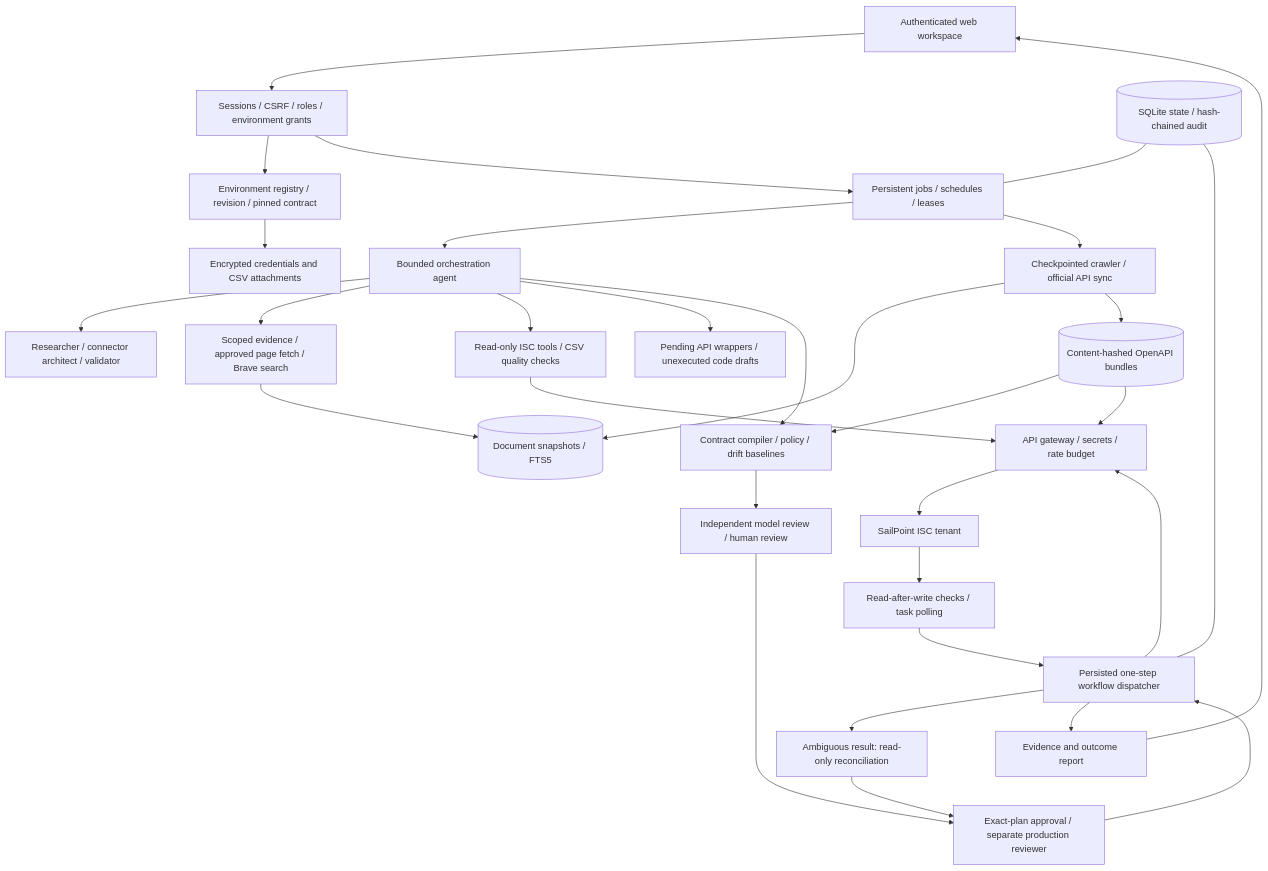
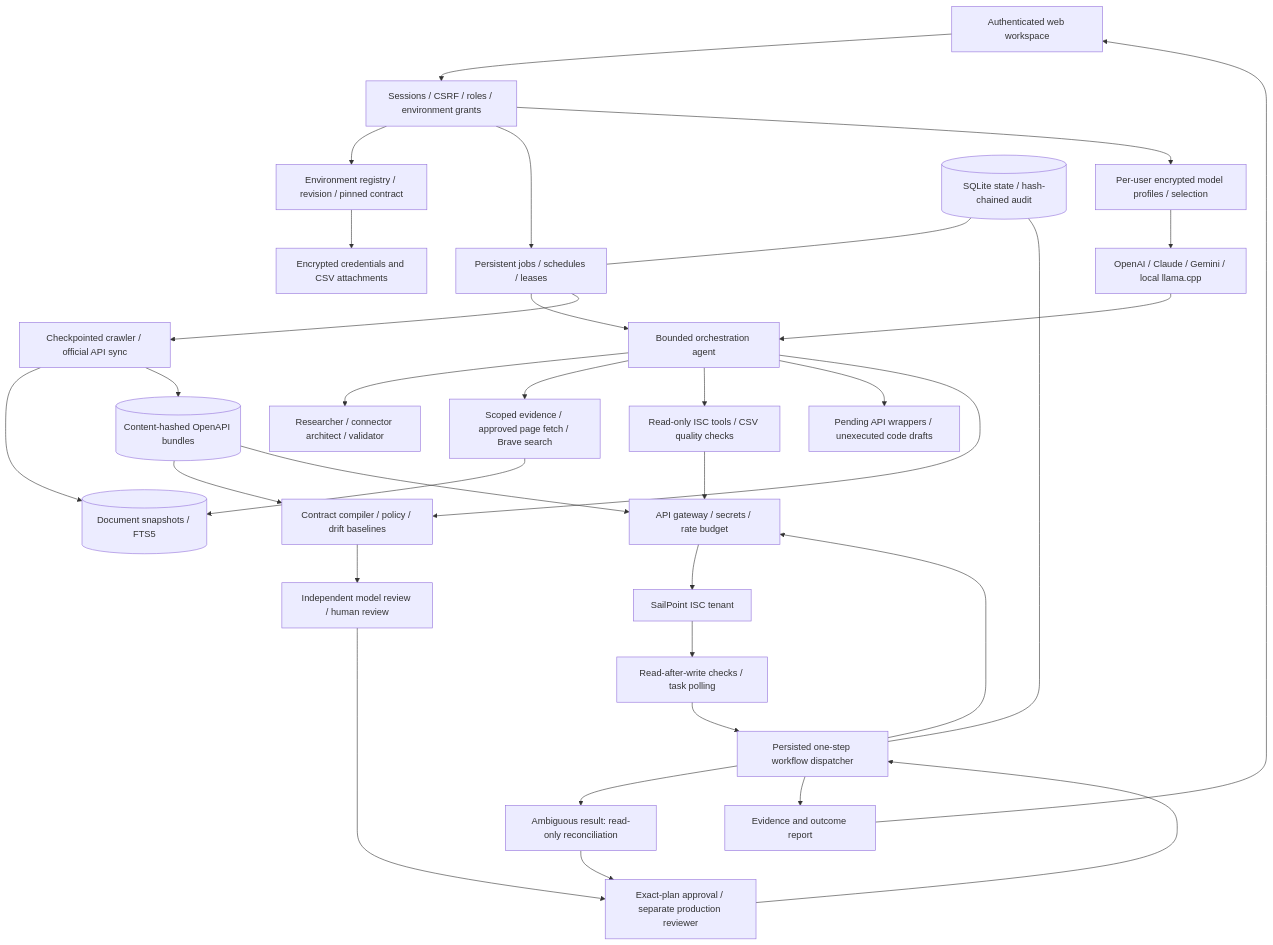
One commit to YoussefAghzere/sailpoint_isc_multi_agent_system changed the diagram in docs/architecture.md. Above: the diagram before and after it, drawn with Mermaid. The commit also changed other lines of this file and 18 other files, not shown here.

Commit message:
Add local and cloud LLM profiles with blue light and dark themes

````diff
--- a/docs/architecture.md
+++ b/docs/architecture.md
@@ -3,33 +3,36 @@
 ```mermaid
 flowchart TB
     UI[Authenticated web workspace] --> AUTH[Sessions / CSRF / roles / environment grants]
     AUTH --> ENV[Environment registry / revision / pinned contract]
     ENV --> VAULT[Encrypted credentials and CSV attachments]
     AUTH --> QUEUE[Persistent jobs / schedules / leases]
     QUEUE --> ORCH[Bounded orchestration agent]
+    AUTH --> MODELS[Per-user encrypted model profiles / selection]
+    MODELS --> ROUTER[OpenAI / Claude / Gemini / local llama.cpp]
+    ROUTER --> ORCH
     ORCH --> SPECIALISTS[Researcher / connector architect / validator]
     ORCH --> RESEARCH[Scoped evidence / approved page fetch / Brave search]
     RESEARCH --> CORPUS[(Document snapshots / FTS5)]
     QUEUE --> INGEST[Checkpointed crawler / official API sync]
     INGEST --> CORPUS
     INGEST --> SPEC[(Content-hashed OpenAPI bundles)]
     ORCH --> READ[Read-only ISC tools / CSV quality checks]
     ORCH --> DRAFT[Pending API wrappers / unexecuted code drafts]
     SPEC --> COMPILER[Contract compiler / policy / drift baselines]
     ORCH --> COMPILER
     COMPILER --> REVIEW[Independent model review / human review]
     REVIEW --> APPROVE[Exact-plan approval / separate production reviewer]
     APPROVE --> EXEC[Persisted one-step workflow dispatcher]
     SPEC --> GATEWAY[API gateway / secrets / rate budget]
     READ --> GATEWAY
     EXEC --> GATEWAY
     GATEWAY --> ISC[SailPoint ISC tenant]
     ISC --> VERIFY[Read-after-write checks / task polling]
     VERIFY --> EXEC
     EXEC --> PAUSE[Ambiguous result: read-only reconciliation]
     PAUSE --> APPROVE
     EXEC --> OUT[Evidence and outcome report]
     OUT --> UI
     DB[(SQLite state / hash-chained audit)] --- QUEUE
     DB --- EXEC
 ```
````
